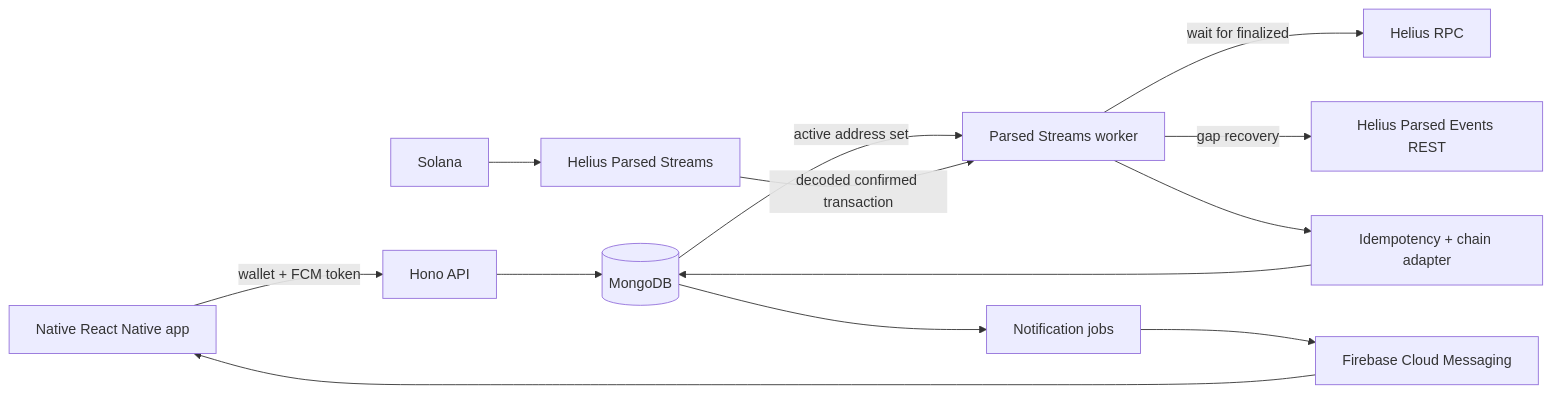
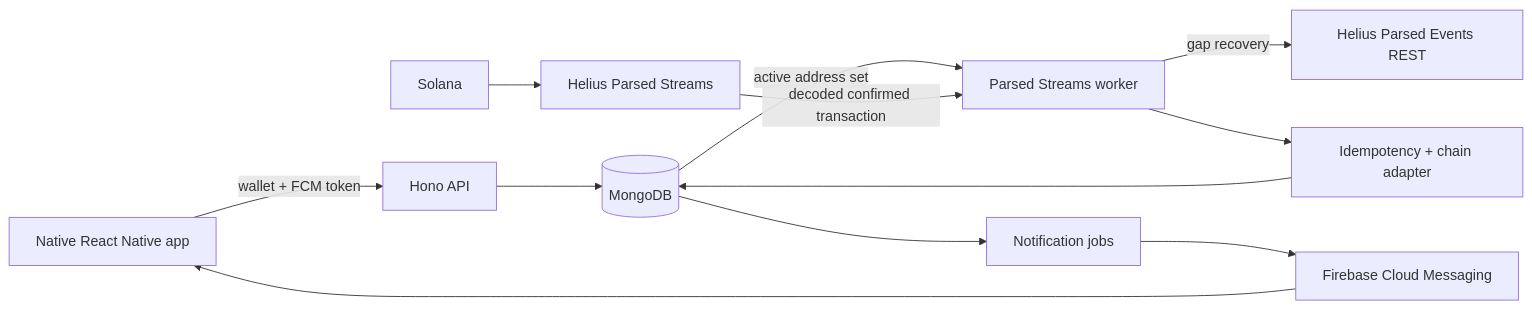
Before and after one commit to heymike777/whoaped: the diagram in docs/architecture.md, drawn with Mermaid. The commit also changed other lines of this file and 6 other files, not shown here.

````diff
--- a/docs/architecture.md
+++ b/docs/architecture.md
@@ -11,15 +11,14 @@
 ```mermaid
 flowchart LR
   M["Native React Native app"] -->|"wallet + FCM token"| A["Hono API"]
   A --> P[("MongoDB")]
   P -->|"active address set"| W["Parsed Streams worker"]
   S["Solana"] --> H["Helius Parsed Streams"]
   H -->|"decoded confirmed transaction"| W
-  W -->|"wait for finalized"| R["Helius RPC"]
   W -->|"gap recovery"| B["Helius Parsed Events REST"]
   W --> D["Idempotency + chain adapter"]
   D --> P
   P --> J["Notification jobs"]
   J --> E["Firebase Cloud Messaging"]
   E --> M
 ```
````
